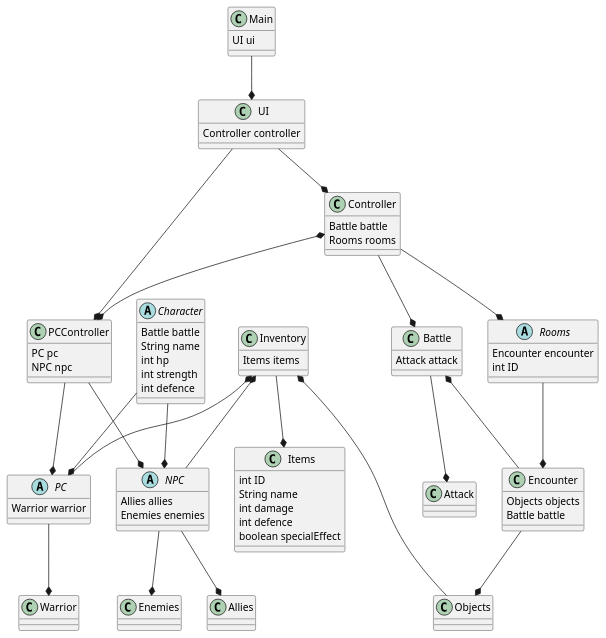
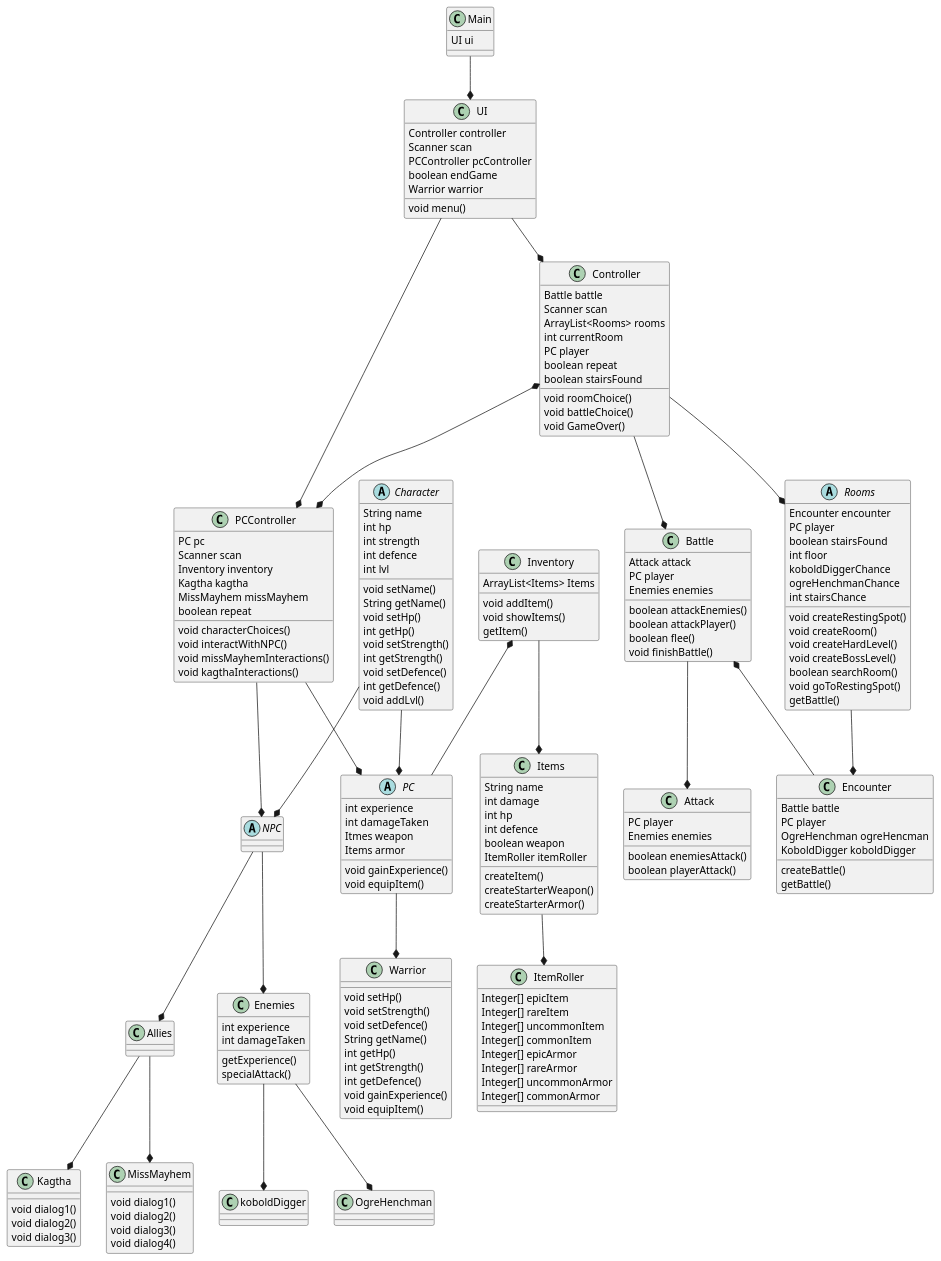
One commit to Chunti/GruppeArbejde changed the diagram in SP4/src/UML.puml. Above: the diagram before and after it, drawn with PlantUML. The commit also changed 1 other file, not shown here.

Commit message:
UML UPDATE

```diff
--- a/SP4/src/UML.puml
+++ b/SP4/src/UML.puml
@@ -1,76 +1,178 @@
 @startuml
 
 abstract class Character
 abstract class PC
 abstract class NPC
 abstract class Rooms
 Main --* UI
 
 UI --* Controller
 UI --* PCController
 
 PCController --* NPC
 PCController --* PC
 Controller *--* PCController
 Controller --* Rooms
 Controller --* Battle
 
 Character --* PC
 Character --* NPC
 
 PC --* Warrior
 
 Inventory --* Items
-Inventory *-- NPC
 Inventory *-- PC
-Inventory *-- Objects
 
 Rooms --* Encounter
 
 NPC --* Enemies
 NPC --* Allies
 
-Encounter --* Objects
+Allies --* Kagtha
+Allies --* MissMayhem
+
+Enemies --* koboldDigger
+Enemies --* OgreHenchman
+
+Items --* ItemRoller
+
 
 Battle *-- Encounter
 Battle --* Attack
 
 Main : UI ui
 
 UI : Controller controller
+UI : Scanner scan
+UI : PCController pcController
+UI : boolean endGame
+UI : Warrior warrior
+UI : void menu()
+
+Controller : Battle battle
+Controller : Scanner scan
+Controller : ArrayList<Rooms> rooms
+Controller : int currentRoom
+Controller : PC player
+Controller : boolean repeat
+Controller : boolean stairsFound
+Controller : void roomChoice()
+Controller : void battleChoice()
+Controller : void GameOver()
 
 PCController : PC pc
-PCController : NPC npc
-Controller : Battle battle
-Controller : Rooms rooms
+PCController : Scanner scan
+PCController : Inventory inventory
+PCController : Kagtha kagtha
+PCController : MissMayhem missMayhem
+PCController : boolean repeat
+PCController : void characterChoices()
+PCController : void interactWithNPC()
+PCController : void missMayhemInteractions()
+PCController : void kagthaInteractions()
 
-Rooms : Encounter encounter
-Rooms : int ID
-
-Encounter : Objects objects
-Encounter : Battle battle
-
-Battle : Attack attack
-
-Character : Battle battle
 Character : String name
 Character : int hp
 Character : int strength
 Character : int defence
+Character : int lvl
+Character : void setName()
+Character : String getName()
+Character : void setHp()
+Character : int getHp()
+Character : void setStrength()
+Character : int getStrength()
+Character : void setDefence()
+Character : int getDefence()
+Character : void addLvl()
 
-NPC : Allies allies
-NPC : Enemies enemies
+Encounter : Battle battle
+Encounter : PC player
+Encounter : OgreHenchman ogreHencman
+Encounter : KoboldDigger koboldDigger
+Encounter : createBattle()
+Encounter : getBattle()
 
-PC : Warrior warrior
+Enemies : int experience
+Enemies : int damageTaken
+Enemies : getExperience()
+Enemies : specialAttack()
 
-Inventory : Items items
+Inventory : ArrayList<Items> Items
+Inventory : void addItem()
+Inventory : void showItems()
+Inventory : getItem()
 
-Items : int ID
 Items : String name
 Items : int damage
+Items : int hp
 Items : int defence
-Items : boolean specialEffect
+Items : boolean weapon
+Items : ItemRoller itemRoller
+Items : createItem()
+Items : createStarterWeapon()
+Items : createStarterArmor()
 
+Kagtha : void dialog1()
+Kagtha : void dialog2()
+Kagtha : void dialog3()
 
+ItemRoller : Integer[] epicItem
+ItemRoller : Integer[] rareItem
+ItemRoller : Integer[] uncommonItem
+ItemRoller : Integer[] commonItem
+ItemRoller : Integer[] epicArmor
+ItemRoller : Integer[] rareArmor
+ItemRoller : Integer[] uncommonArmor
+ItemRoller : Integer[] commonArmor
+
+MissMayhem : void dialog1()
+MissMayhem : void dialog2()
+MissMayhem : void dialog3()
+MissMayhem : void dialog4()
+
+PC : int experience
+PC : int damageTaken
+PC : Itmes weapon
+PC : Items armor
+PC : void gainExperience()
+PC : void equipItem()
+
+Rooms : Encounter encounter
+Rooms : PC player
+Rooms : boolean stairsFound
+Rooms : int floor
+Rooms : koboldDiggerChance
+Rooms : ogreHenchmanChance
+Rooms : int stairsChance
+Rooms : void createRestingSpot()
+Rooms : void createRoom()
+Rooms : void createHardLevel()
+Rooms : void createBossLevel()
+Rooms : boolean searchRoom()
+Rooms : void goToRestingSpot()
+Rooms : getBattle()
+
+Warrior : void setHp()
+Warrior : void setStrength()
+Warrior : void setDefence()
+Warrior : String getName()
+Warrior : int getHp()
+Warrior : int getStrength()
+Warrior : int getDefence()
+Warrior : void gainExperience()
+Warrior : void equipItem()
+
+Attack : PC player
+Attack : Enemies enemies
+Attack : boolean enemiesAttack()
+Attack : boolean playerAttack()
+Battle : Attack attack
+Battle : PC player
+Battle : Enemies enemies
+Battle : boolean attackEnemies()
+Battle : boolean attackPlayer()
+Battle : boolean flee()
+Battle : void finishBattle()
 
 @enduml
```
